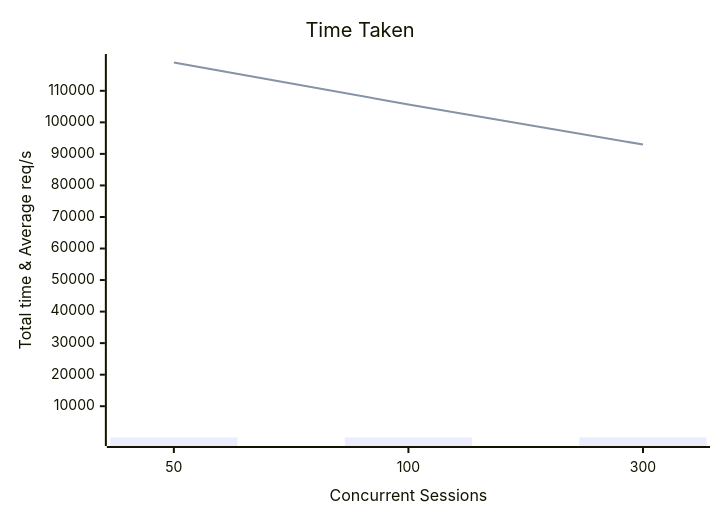
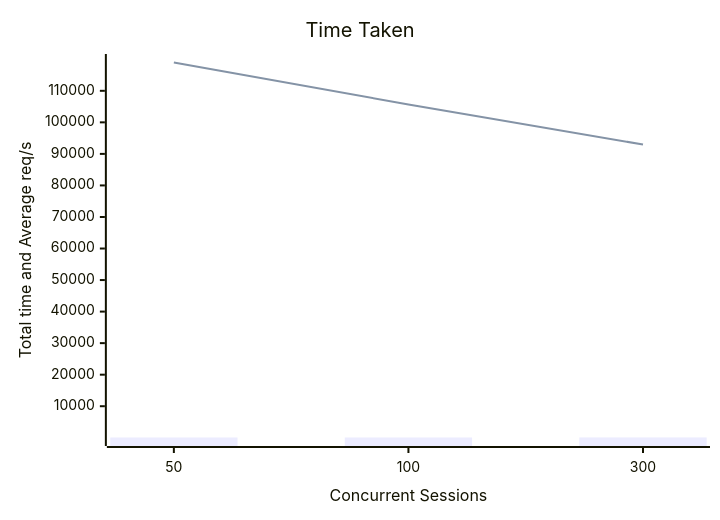
Before and after one commit to romdalf/ocp-projects: the diagram in docs/testing/benchmarking.md, drawn with Mermaid.

````diff
--- a/docs/testing/benchmarking.md
+++ b/docs/testing/benchmarking.md
@@ -403,8 +403,8 @@
 ```mermaid
 xychart-beta
   title "Time Taken"
   x-axis "Concurrent Sessions" [50,100,300]
-  y-axis "Total time & Average req/s" 
+  y-axis "Total time and Average req/s" 
   bar [84, 94, 107]
   line [118974, 105666, 92972]
 ```
````
